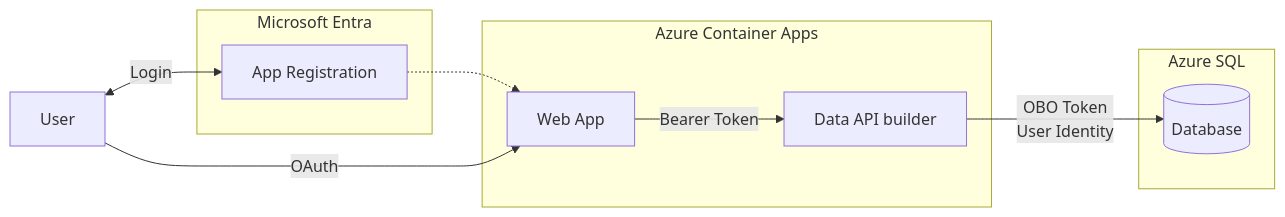
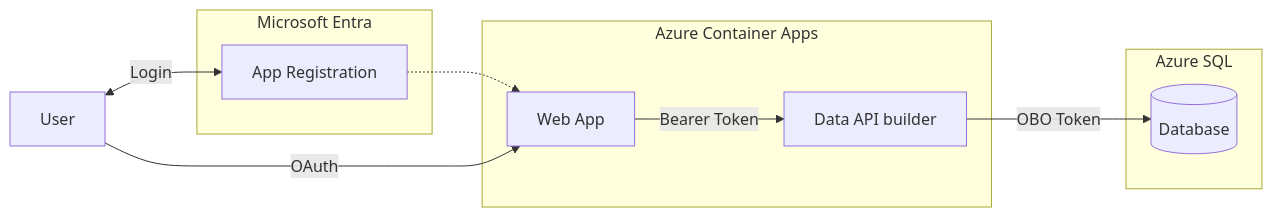
The diagram in quickstart6/README.md (JerryNixon/dab-quickstarts), drawn with Mermaid before and after one commit. The commit also changed other lines of this file and 82 other files, not shown here.

````diff
--- a/quickstart6/README.md
+++ b/quickstart6/README.md
@@ -13,21 +26,21 @@
 ```mermaid
 flowchart LR
     U[User]
 
     subgraph Microsoft Entra
         E[App Registration]
     end
 
     subgraph Azure Container Apps
         W[Web App]
         A[Data API builder]
     end
 
     subgraph Azure SQL
-        S[(Database<br/>)]
+        S[(Database)]
     end
 
     U <-->|Login| E
     E -.-> W
-    U -->|OAuth| W -->|Bearer Token| A -->|OBO Token<br/>User Identity| S
+    U -->|OAuth| W -->|Bearer Token| A -->|OBO Token| S
 ```
````
